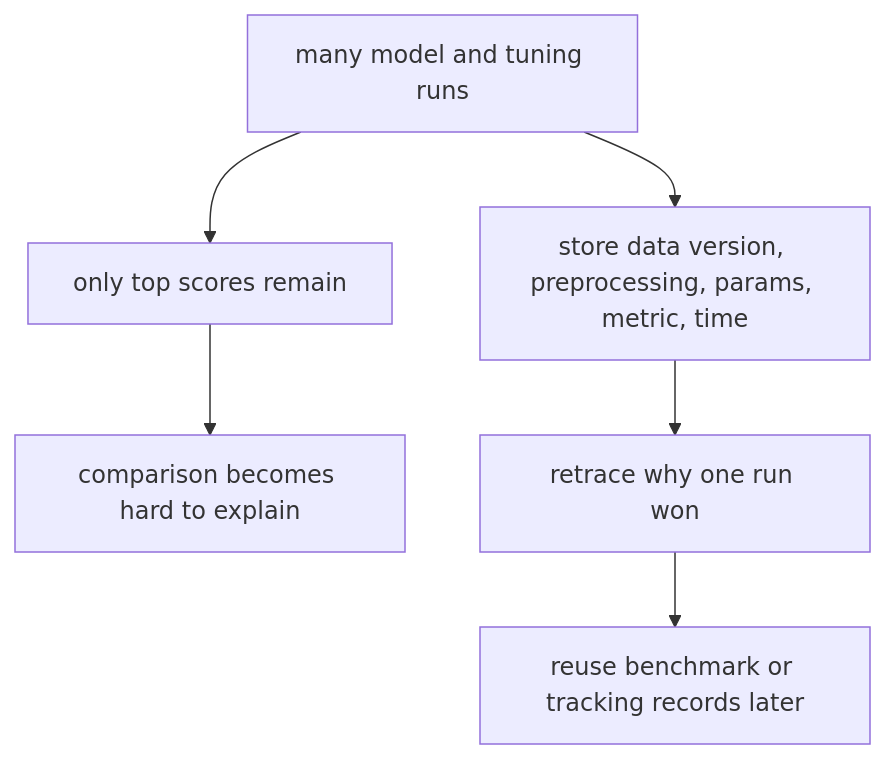
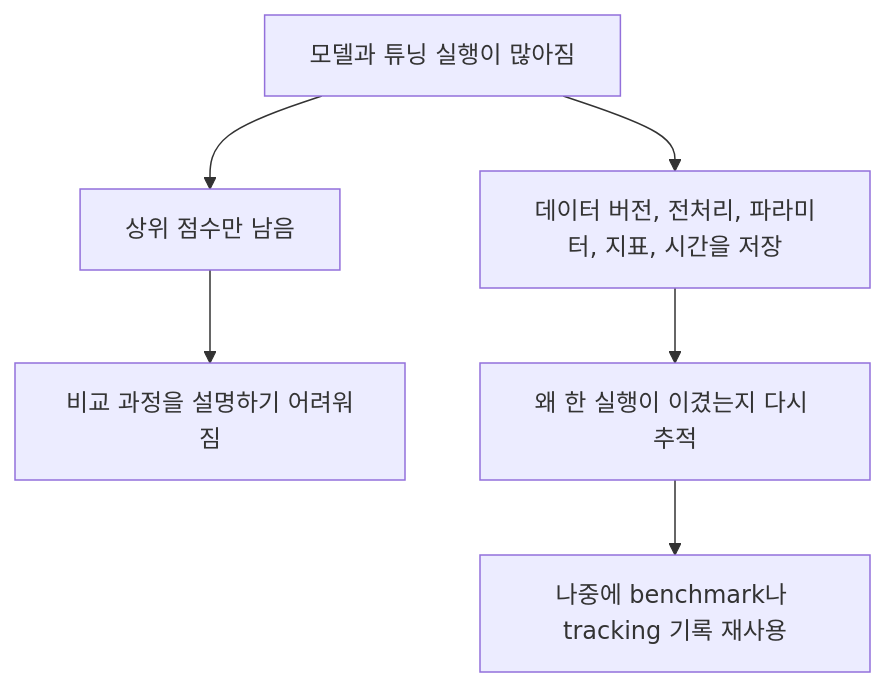
One commit to devchan64/AiBook changed the diagram in docs/parts/part-04/chapter-09/section-03.md. Above: the diagram before and after it, drawn with Mermaid. The commit also changed other lines of this file and 138 other files, not shown here.

````diff
--- a/docs/parts/part-04/chapter-09/section-03.md
+++ b/docs/parts/part-04/chapter-09/section-03.md
@@ -163,12 +163,12 @@
 ```mermaid
 flowchart TD
-  A["many model and tuning runs"]
-  B["only top scores remain"]
-  C["comparison becomes hard to explain"]
-  D["store data version, preprocessing, params, metric, time"]
-  E["retrace why one run won"]
-  F["reuse benchmark or tracking records later"]
+  A["모델과 튜닝 실행이 많아짐"]
+  B["상위 점수만 남음"]
+  C["비교 과정을 설명하기 어려워짐"]
+  D["데이터 버전, 전처리, 파라미터, 지표, 시간을 저장"]
+  E["왜 한 실행이 이겼는지 다시 추적"]
+  F["나중에 benchmark나 tracking 기록 재사용"]
 
   A --> B --> C
   A --> D --> E --> F
 ```
````
